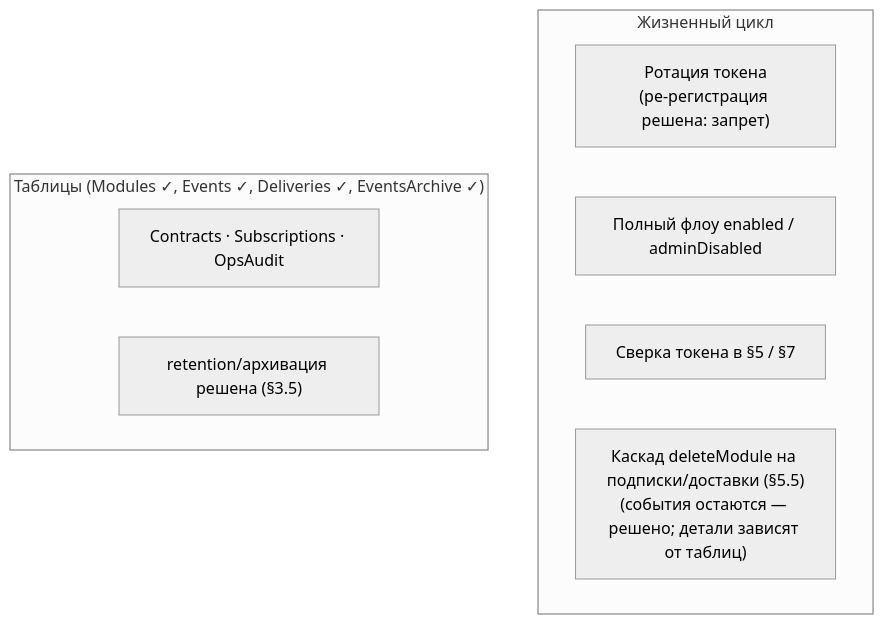
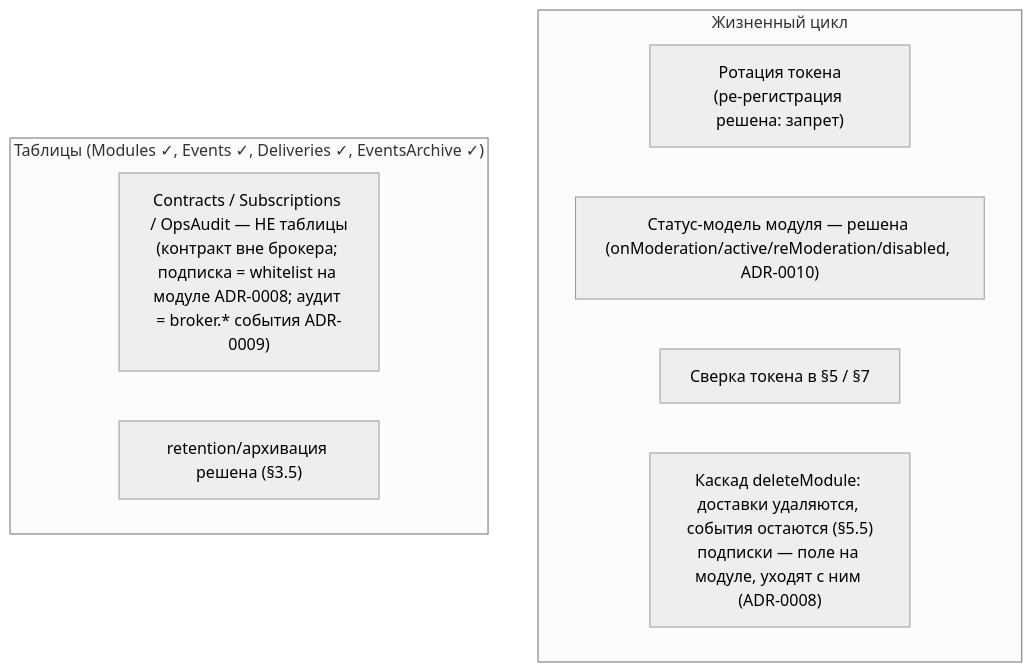
The seventh of 7 diagrams in s.chtm.khudoley.pro/p/units/aley/bpm/core/docs/spec/spec-map.md (andrey-khudoley/Chatium), drawn with Mermaid (neutral theme) before and after one commit. The commit also changed other lines of this file and 4 other files, not shown here.

First line of the commit message:
docs(bpm-core): маршрутизация подписок, операционный аудит, статус-модель

````diff
--- a/s.chtm.khudoley.pro/p/units/aley/bpm/core/docs/spec/spec-map.md
+++ b/s.chtm.khudoley.pro/p/units/aley/bpm/core/docs/spec/spec-map.md
@@ -213,13 +212,13 @@
 ```mermaid
 flowchart TB
   subgraph LIFE["Жизненный цикл"]
     B1["Ротация токена<br/>(ре-регистрация решена: запрет)"]
-    B2["Полный флоу enabled / adminDisabled"]
+    B2["Статус-модель модуля — решена (onModeration/active/reModeration/disabled, ADR-0010)"]
     B3["Сверка токена в §5 / §7"]
-    B4["Каскад deleteModule на подписки/доставки (§5.5)<br/>(события остаются — решено; детали зависят от таблиц)"]
+    B4["Каскад deleteModule: доставки удаляются, события остаются (§5.5)<br/>подписки — поле на модуле, уходят с ним (ADR-0008)"]
   end
   subgraph TBL["Таблицы (Modules ✓, Events ✓, Deliveries ✓, EventsArchive ✓)"]
-    C1["Contracts · Subscriptions · OpsAudit"]
+    C1["Contracts / Subscriptions / OpsAudit — НЕ таблицы<br/>(контракт вне брокера; подписка = whitelist на модуле ADR-0008; аудит = broker.* события ADR-0009)"]
     C2["retention/архивация решена (§3.5)"]
   end
 ```
````
